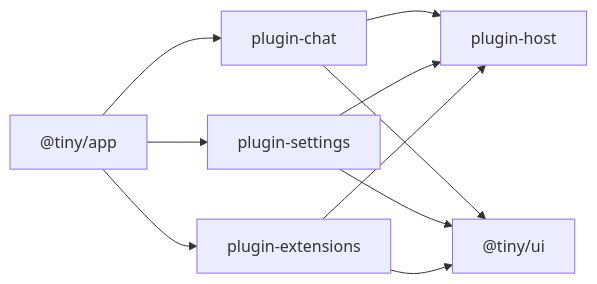
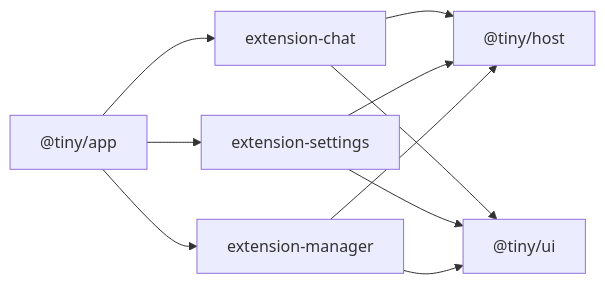
One commit to kucukkanat/tiny changed the diagram in docs/docs/reference/packages.mdx. Above: the diagram before and after it, drawn with Mermaid. The commit also changed other lines of this file and 133 other files, not shown here.

````diff
--- a/docs/docs/reference/packages.mdx
+++ b/docs/docs/reference/packages.mdx
@@ -28,12 +29,12 @@
 ```mermaid
 flowchart LR
-  app["@tiny/app"] --> chat["plugin-chat"]
-  app --> settings["plugin-settings"]
-  app --> exts["plugin-extensions"]
-  chat --> host["plugin-host"]
+  app["@tiny/app"] --> chat["extension-chat"]
+  app --> settings["extension-settings"]
+  app --> mgr["extension-manager"]
+  chat --> host["@tiny/host"]
   settings --> host
-  exts --> host
+  mgr --> host
   chat --> ui["@tiny/ui"]
   settings --> ui
-  exts --> ui
+  mgr --> ui
 ```
````
